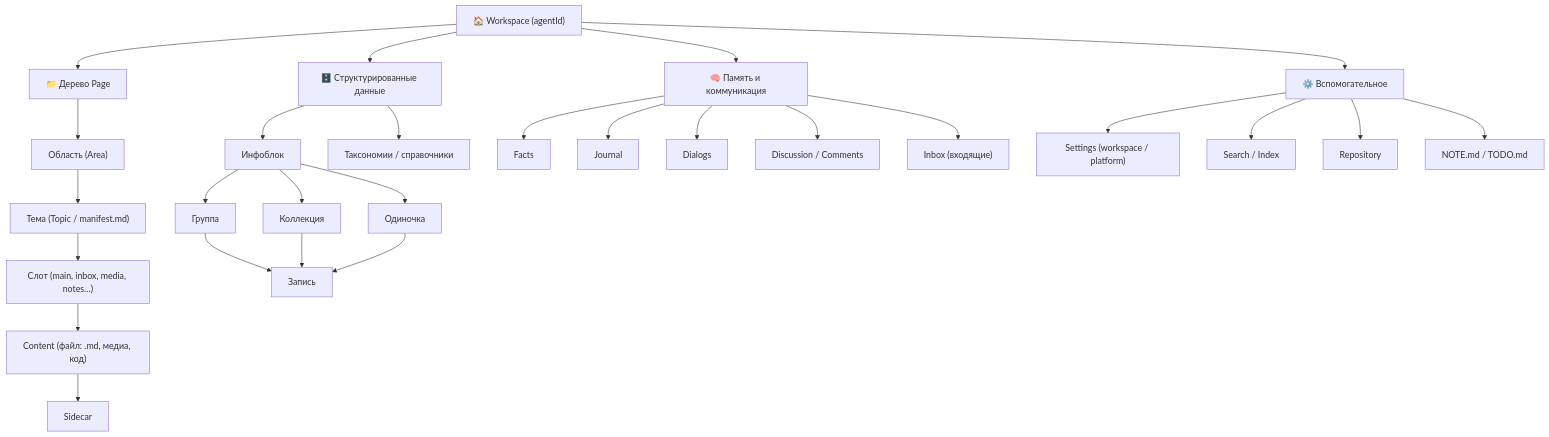
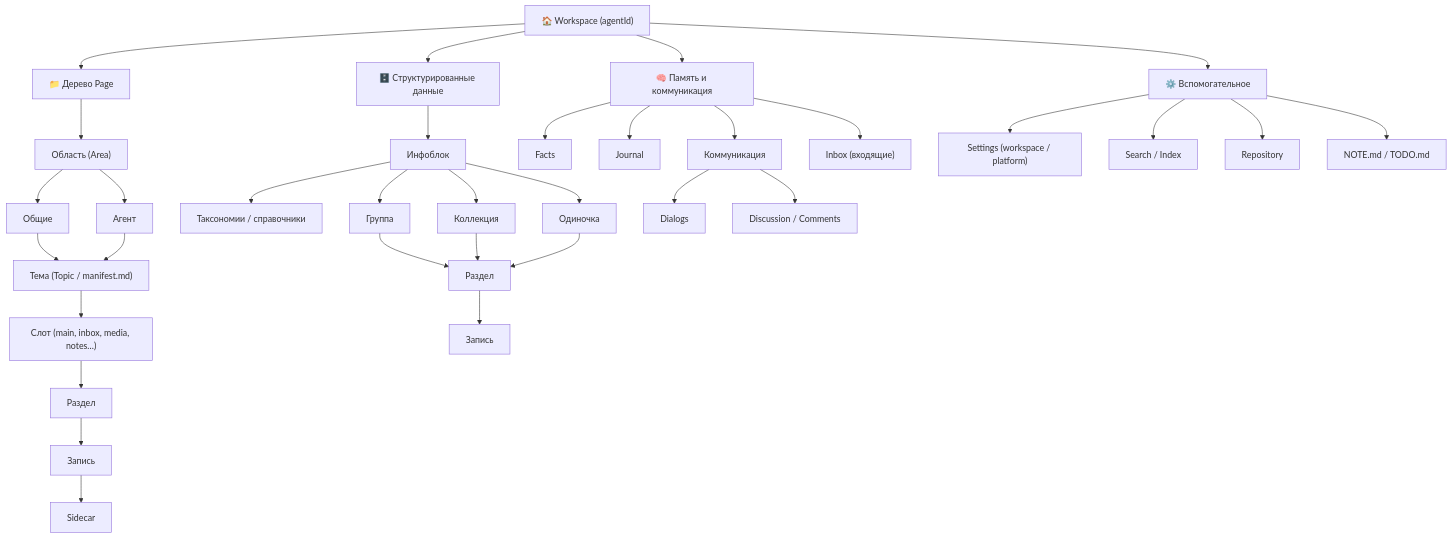
One commit to iv-litovchenko/AgentCMS changed the diagram in README.md. Above: the diagram before and after it, drawn with Mermaid. The commit also changed 2 other files, not shown here.

Commit message:
Enhance README and implement app landing system map
- Updated README.md to include a detailed flowchart illustrating the structure of the Agent CMS workspace, adding new areas for "Общие" and "Агент".
- Refactored main.js to introduce a new app landing system map with structured data representation, enhancing the visual layout and interactivity.
- Expanded CSS styles to support the new app landing system map, improving the overall user interface and experience.

````diff
--- a/README.md
+++ b/README.md
@@ -4,35 +4,41 @@
 ```mermaid
 flowchart TD
     WS["🏠 Workspace (agentId)"]
 
     WS --> TREE["📁 Дерево Page"]
     WS --> DATA["🗄️ Структурированные данные"]
     WS --> MEM["🧠 Память и коммуникация"]
     WS --> AUX["⚙️ Вспомогательное"]
 
     TREE --> AREA["Область (Area)"]
-    AREA --> TOPIC["Тема (Topic / manifest.md)"]
+    AREA --> SHARED_AREA["Общие"]
+    AREA --> AGENT_AREA["Агент"]
+    SHARED_AREA --> TOPIC["Тема (Topic / manifest.md)"]
+    AGENT_AREA --> TOPIC
     TOPIC --> SLOT["Слот (main, inbox, media, notes…)"]
-    SLOT --> CONTENT["Content (файл: .md, медиа, код)"]
-    CONTENT --> SIDECAR["Sidecar"]
+    SLOT --> SECTION["Раздел"]
+    SECTION --> PAGE_ENTRY["Запись"]
+    PAGE_ENTRY --> SIDECAR["Sidecar"]
 
     DATA --> IBLOCK["Инфоблок"]
+    IBLOCK --> TAX["Таксономии / справочники"]
     IBLOCK --> GROUP["Группа"]
     IBLOCK --> COLLECTION["Коллекция"]
     IBLOCK --> SINGLE["Одиночка"]
-    GROUP --> RECORD["Запись"]
-    COLLECTION --> RECORD
-    SINGLE --> RECORD
-    DATA --> TAX["Таксономии / справочники"]
+    GROUP --> DATA_SECTION["Раздел"]
+    COLLECTION --> DATA_SECTION
+    SINGLE --> DATA_SECTION
+    DATA_SECTION --> RECORD["Запись"]
 
     MEM --> FACTS["Facts"]
     MEM --> JOURNAL["Journal"]
-    MEM --> DIALOGS["Dialogs"]
-    MEM --> DISCUSS["Discussion / Comments"]
+    MEM --> COMM["Коммуникация"]
+    COMM --> DIALOGS["Dialogs"]
+    COMM --> DISCUSS["Discussion / Comments"]
     MEM --> INBOX["Inbox (входящие)"]
 
     AUX --> SETTINGS["Settings (workspace / platform)"]
     AUX --> SEARCH["Search / Index"]
     AUX --> REPO["Repository"]
     AUX --> BOARD["NOTE.md / TODO.md"]
 ```
````
